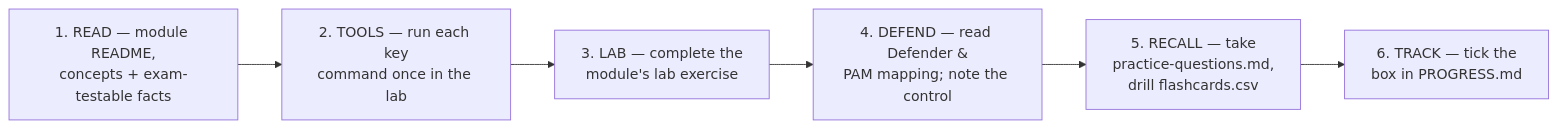
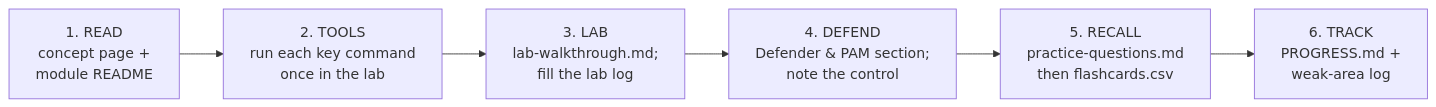
The diagram in certs/ceh/STUDY-PLAN.md (morandeirachema/CyberCerts), drawn with Mermaid before and after one commit. The commit also changed other lines of this file and 26 other files, not shown here.

````diff
--- a/certs/ceh/STUDY-PLAN.md
+++ b/certs/ceh/STUDY-PLAN.md
@@ -40,10 +35,10 @@
 ```mermaid
 flowchart LR
-    S1["1. READ — module README,<br/>concepts + exam-testable facts"]
-    S2["2. TOOLS — run each key<br/>command once in the lab"]
-    S3["3. LAB — complete the<br/>module's lab exercise"]
-    S4["4. DEFEND — read Defender &<br/>PAM mapping; note the control"]
-    S5["5. RECALL — take<br/>practice-questions.md,<br/>drill flashcards.csv"]
-    S6["6. TRACK — tick the<br/>box in PROGRESS.md"]
+    S1["1. READ<br/>concept page +<br/>module README"]
+    S2["2. TOOLS<br/>run each key command<br/>once in the lab"]
+    S3["3. LAB<br/>lab-walkthrough.md;<br/>fill the lab log"]
+    S4["4. DEFEND<br/>Defender & PAM section;<br/>note the control"]
+    S5["5. RECALL<br/>practice-questions.md<br/>then flashcards.csv"]
+    S6["6. TRACK<br/>PROGRESS.md +<br/>weak-area log"]
     S1 --> S2 --> S3 --> S4 --> S5 --> S6
 ```
````
